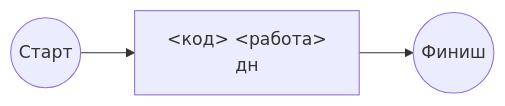
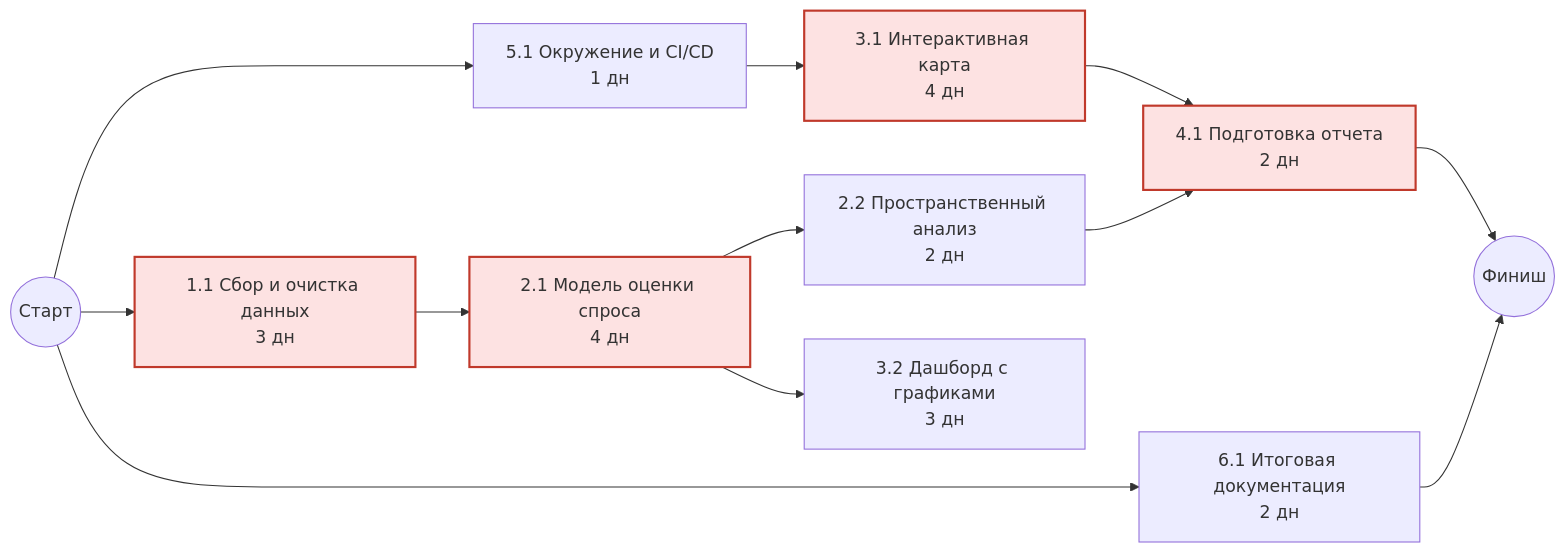
One commit to dddashydrly/pm-lab-10-Charging-station changed the first of 2 diagrams in docs/schedule.md. Above: the diagram before and after it, drawn with Mermaid. The commit also changed other lines of this file, not shown here.

Commit message:
plan: add network diagram (#83)

````diff
--- a/docs/schedule.md
+++ b/docs/schedule.md
@@ -15,6 +13,21 @@
 ```mermaid
 flowchart LR
-    S((Старт)) --> A[<код> <работа><br/><N> дн]
-    A --> Z((Финиш))
+    S((Старт)) --> A[1.1 Сбор и очистка данных<br/>3 дн]
+    S --> B[5.1 Окружение и CI/CD<br/>1 дн]
+    S --> C[6.1 Итоговая документация<br/>2 дн]
+    
+    A --> D[2.1 Модель оценки спроса<br/>4 дн]
+    B --> E[3.1 Интерактивная карта<br/>4 дн]
+    
+    D --> F[2.2 Пространственный анализ<br/>2 дн]
+    D --> G[3.2 Дашборд с графиками<br/>3 дн]
+    
+    E --> H[4.1 Подготовка отчета<br/>2 дн]
+    F --> H
+    
+    H --> Z((Финиш))
+    C --> Z
+    
     classDef crit fill:#fde2e2,stroke:#c0392b,stroke-width:2px;
+    class A,D,E,H crit;
 ```
````
